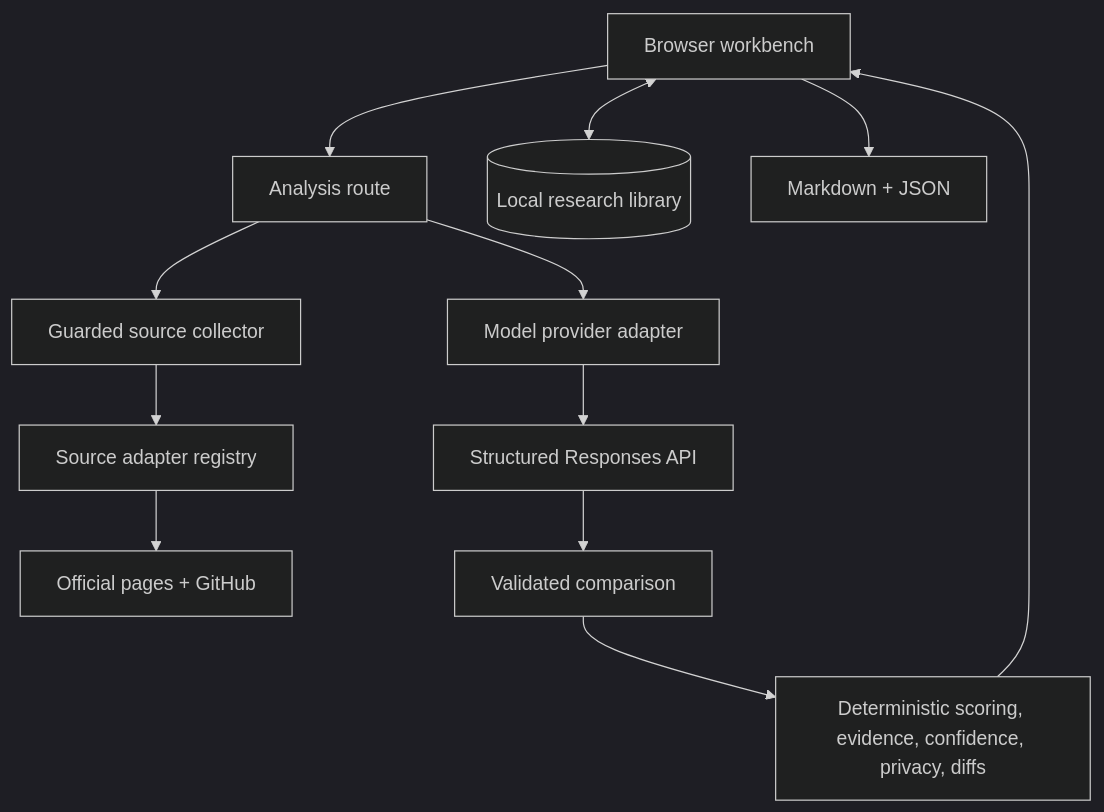
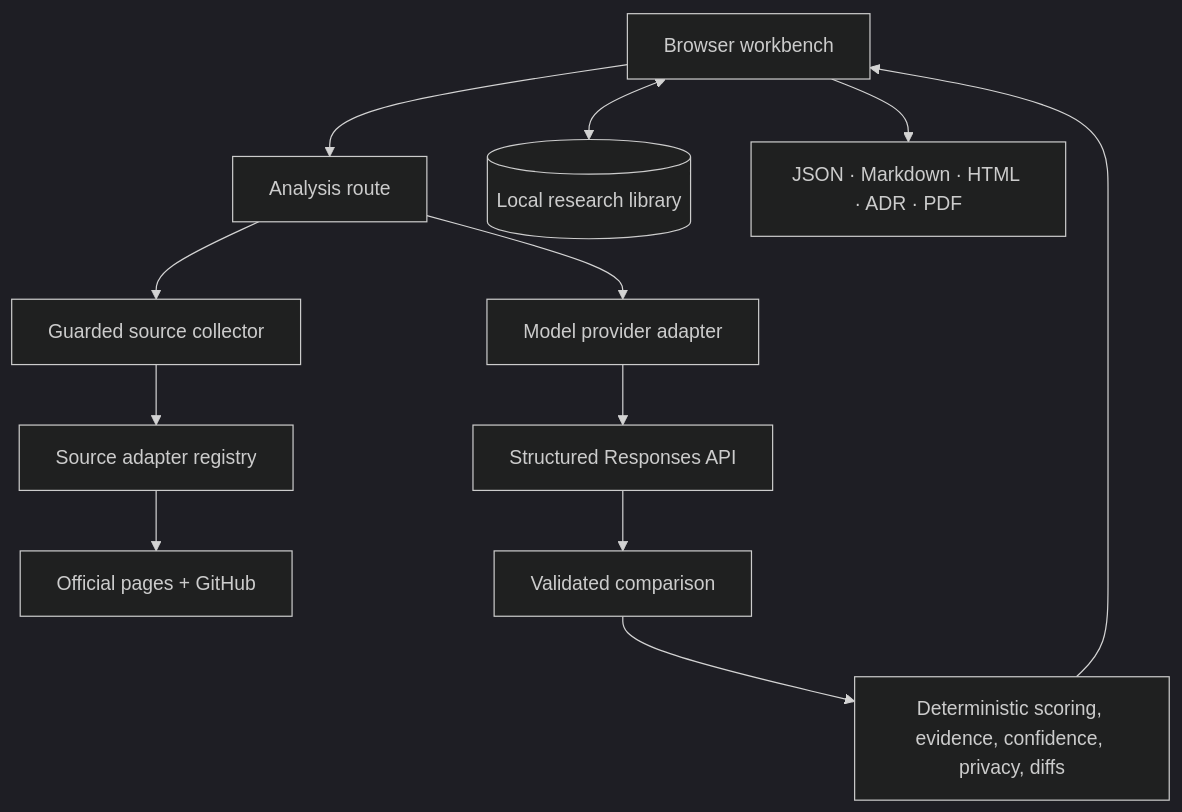
Before and after one commit to wp043/fitlens: the second of 2 diagrams in README.md, drawn with Mermaid (dark theme). The commit also changed other lines of this file and 12 other files, not shown here.

````diff
--- a/README.md
+++ b/README.md
@@ -264,14 +264,14 @@
 ```mermaid
 flowchart TB
     UI[Browser workbench] --> API[Analysis route]
     API --> SRC[Guarded source collector]
     API --> MODEL[Model provider adapter]
     SRC --> ADAPTERS[Source adapter registry]
     ADAPTERS --> WEB[Official pages + GitHub]
     MODEL --> RESP[Structured Responses API]
     RESP --> DOMAIN[Validated comparison]
     DOMAIN --> DET[Deterministic scoring, evidence, confidence, privacy, diffs]
     DET --> UI
     UI <--> LOCAL[(Local research library)]
-    UI --> FILES[Markdown + JSON]
+    UI --> FILES[JSON · Markdown · HTML · ADR · PDF]
 ```
````
